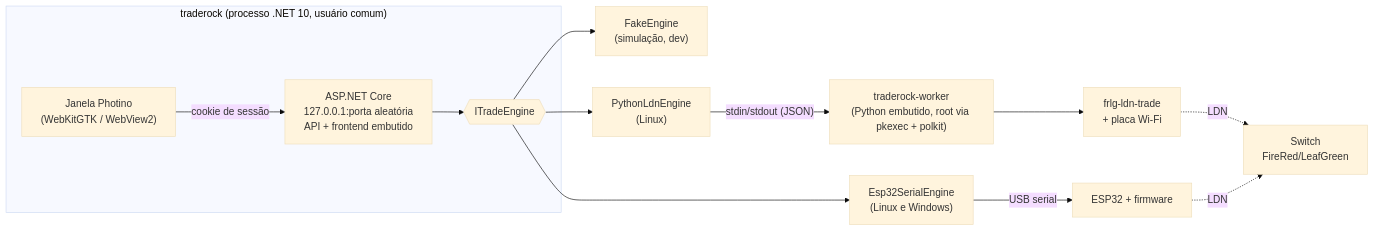
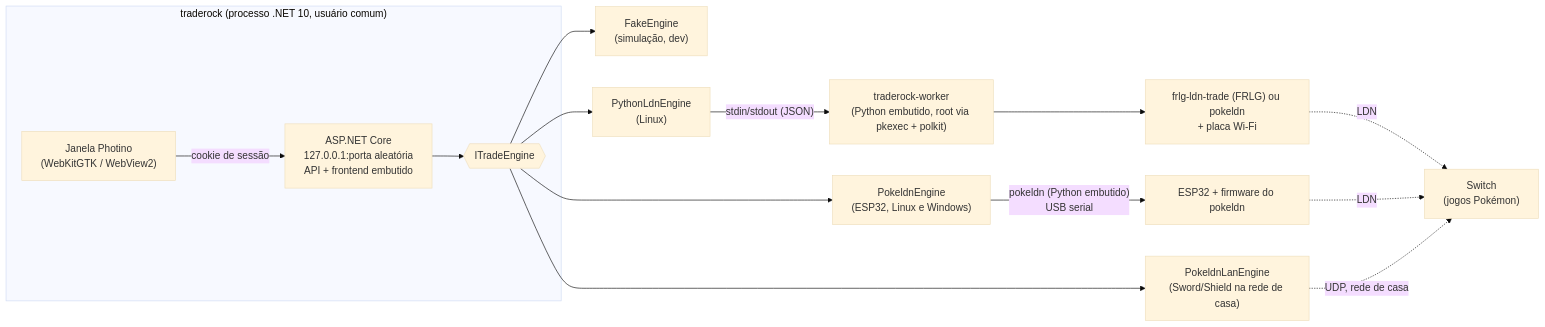
One commit to theusrsilva/TradeRock changed the diagram in README.md. Above: the diagram before and after it, drawn with Mermaid (base theme). The commit also changed other lines of this file and 428 other files, not shown here.

First line of the commit message:
Entrega 17: sem o motor do easyworld, catálogo de ESP32 do pokeldn e teste do modo AP

````diff
--- a/README.md
+++ b/README.md
@@ -94,18 +94,20 @@
 ```mermaid
 flowchart LR
     subgraph proc["traderock (processo .NET 10, usuário comum)"]
         win["Janela Photino<br/>(WebKitGTK / WebView2)"]
         api["ASP.NET Core<br/>127.0.0.1:porta aleatória<br/>API + frontend embutido"]
         eng{{"ITradeEngine"}}
         win -- "cookie de sessão" --> api
         api --> eng
     end
     eng --> fake["FakeEngine<br/>(simulação, dev)"]
     eng --> py["PythonLdnEngine<br/>(Linux)"]
-    eng --> esp["Esp32SerialEngine<br/>(Linux e Windows)"]
+    eng --> esp["PokeldnEngine<br/>(ESP32, Linux e Windows)"]
+    eng --> lan["PokeldnLanEngine<br/>(Sword/Shield na rede de casa)"]
     py -- "stdin/stdout (JSON)" --> worker["traderock-worker<br/>(Python embutido, root via pkexec + polkit)"]
-    worker --> wifi["frlg-ldn-trade<br/>+ placa Wi-Fi"]
-    esp -- "USB serial" --> board["ESP32 + firmware"]
-    wifi -. "LDN" .-> sw["Switch<br/>FireRed/LeafGreen"]
+    worker --> wifi["frlg-ldn-trade (FRLG) ou pokeldn<br/>+ placa Wi-Fi"]
+    esp -- "pokeldn (Python embutido)<br/>USB serial" --> board["ESP32 + firmware do pokeldn"]
+    wifi -. "LDN" .-> sw["Switch<br/>(jogos Pokémon)"]
     board -. "LDN" .-> sw
+    lan -. "UDP, rede de casa" .-> sw
 ```
````
